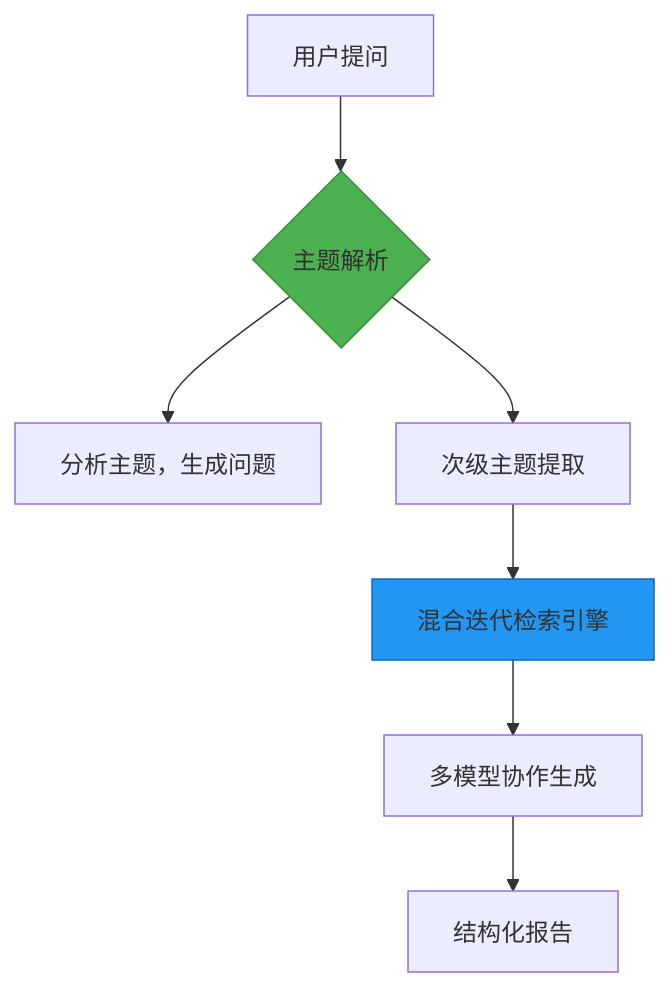
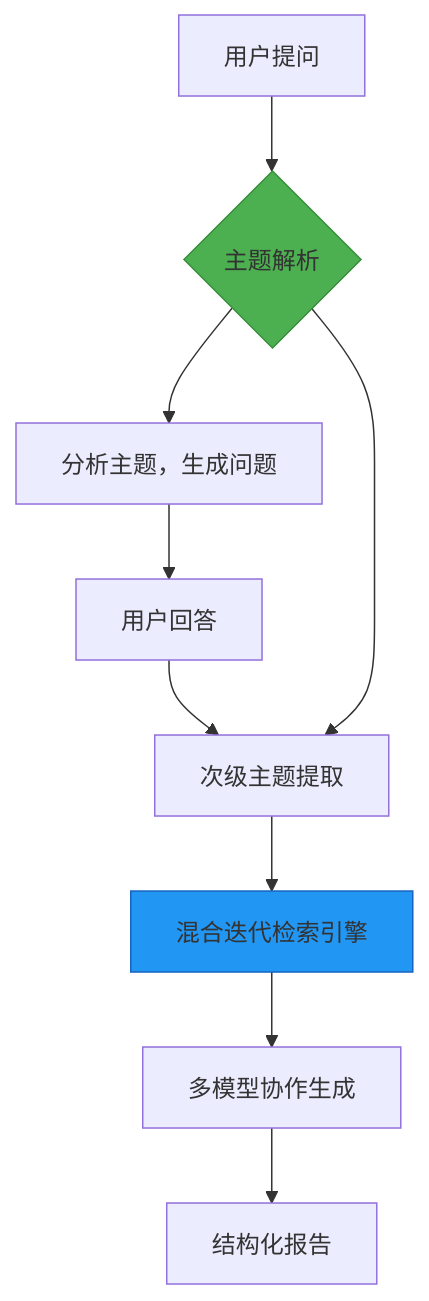
Before and after one commit to zard1152/Decision-helper: the diagram in README.md, drawn with Mermaid.

````diff
--- a/README.md
+++ b/README.md
@@ -19,12 +19,14 @@
 ```mermaid
 graph TD
     A[用户提问] --> B{主题解析}
     B --> F[分析主题，生成问题]
+    F --> H[用户回答]
+    H --> C
     B --> C[次级主题提取]
     C --> D[混合迭代检索引擎]
     D --> E[多模型协作生成]
     E --> G[结构化报告]
     
     style B fill:#4CAF50,stroke:#388E3C
     style D fill:#2196F3,stroke:#1565C0
 ```
````
